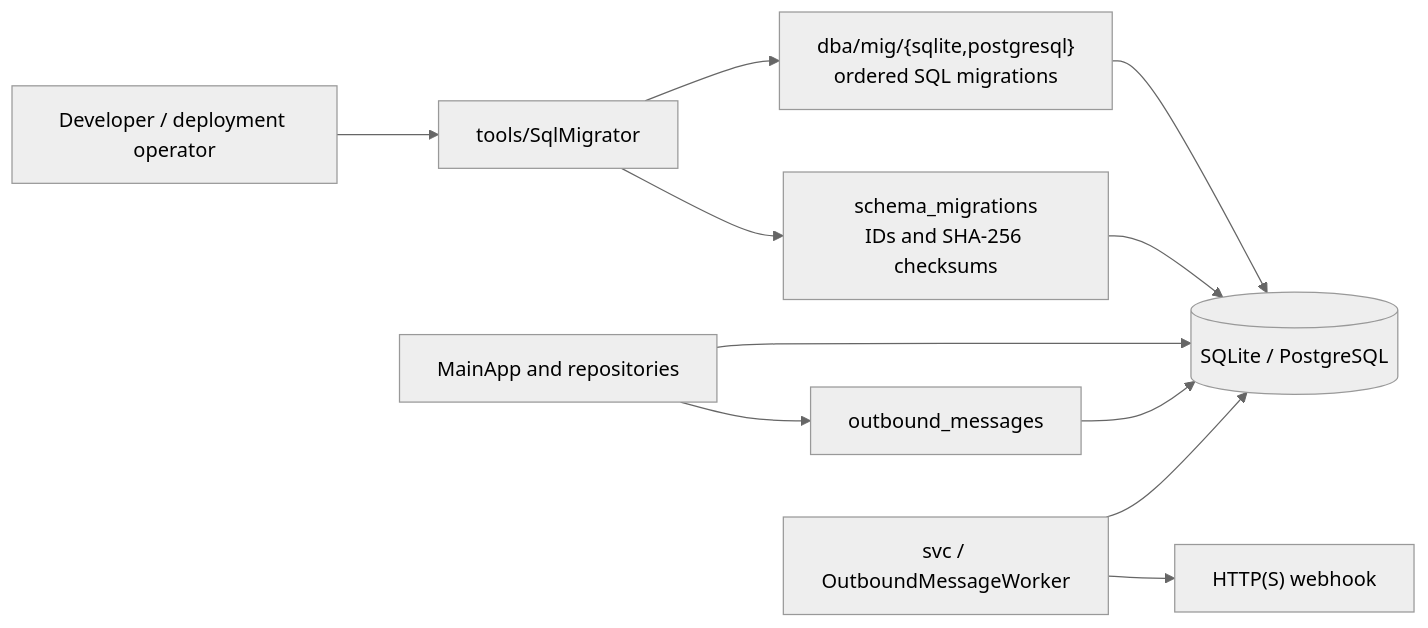
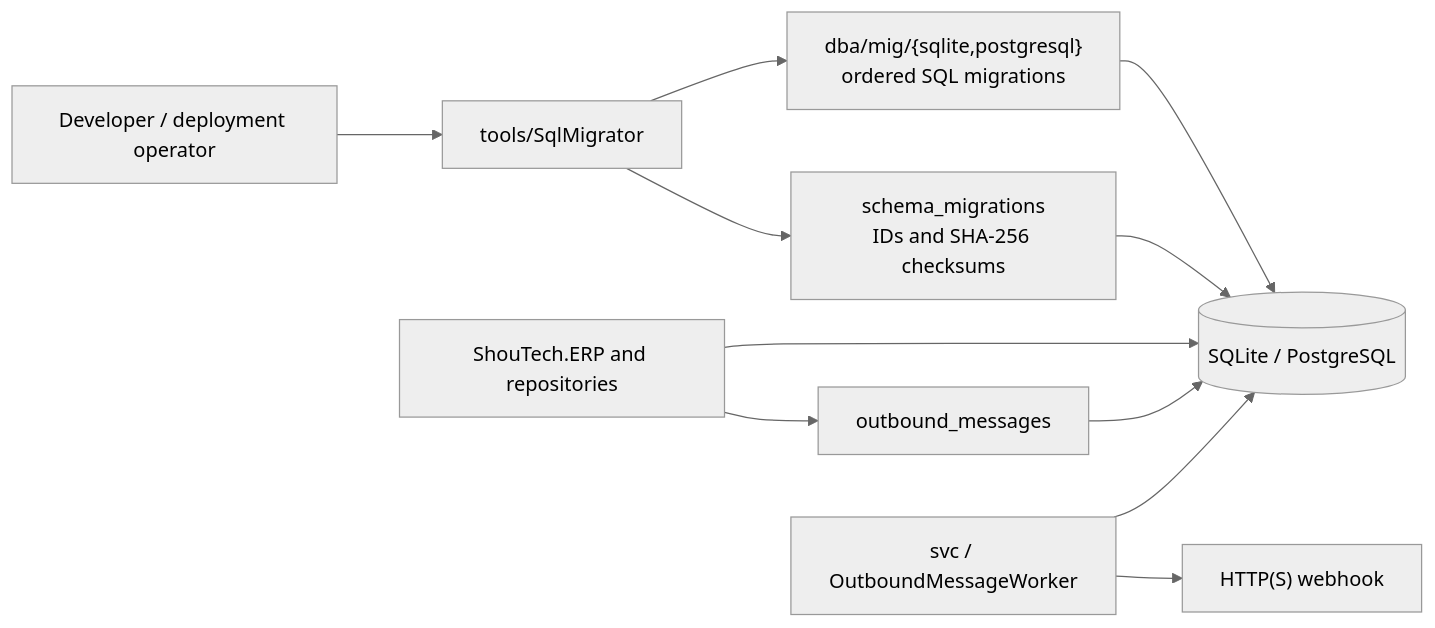
Before and after one commit to Roni4422/ShouTech: the fourth of 4 diagrams in docs/ARCHITECTURE.md, drawn with Mermaid (neutral theme). The commit also changed other lines of this file, not shown here.

Commit message:
Align architecture guide with canonical root project names

````diff
--- a/docs/ARCHITECTURE.md
+++ b/docs/ARCHITECTURE.md
@@ -98,23 +98,23 @@
 ```mermaid
 flowchart LR
     Dev["Developer / deployment operator"]
     Migrator["tools/SqlMigrator"]
     SQL["dba/mig/{sqlite,postgresql}<br/>ordered SQL migrations"]
     History["schema_migrations<br/>IDs and SHA-256 checksums"]
     DB[(SQLite / PostgreSQL)]
-    App["MainApp and repositories"]
+    App["ShouTech.ERP and repositories"]
     Outbox["outbound_messages"]
     Worker["svc / OutboundMessageWorker"]
     Endpoint["HTTP(S) webhook"]
 
     Dev --> Migrator
     Migrator --> SQL
     Migrator --> History
     SQL --> DB
     History --> DB
     App --> DB
     App --> Outbox
     Outbox --> DB
     Worker --> DB
     Worker --> Endpoint
 ```
````
